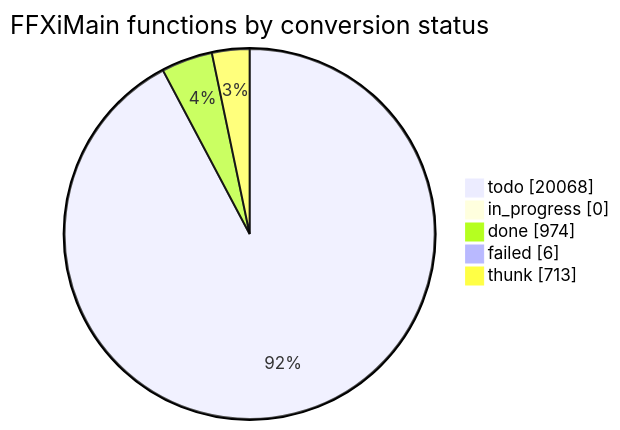
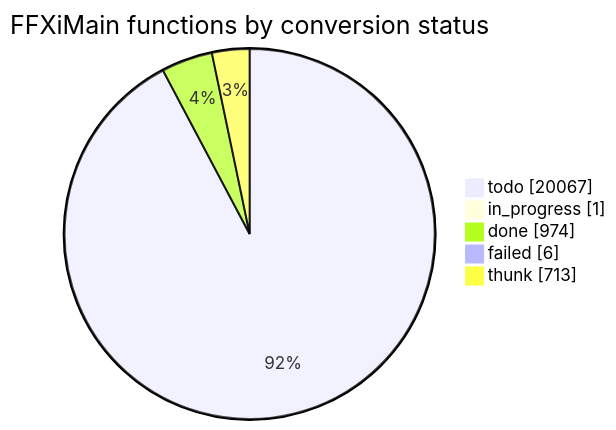
Before and after one commit to cowrevenge/cow_kuluu_xi_anything: the diagram in docs/cow/STATUS.md, drawn with Mermaid. The commit also changed other lines of this file and 5484 other files, not shown here.

````diff
--- a/docs/cow/STATUS.md
+++ b/docs/cow/STATUS.md
@@ -18,9 +18,9 @@
 ```mermaid
 pie showData
     title FFXiMain functions by conversion status
-    "todo" : 20068
-    "in_progress" : 0
+    "todo" : 20067
+    "in_progress" : 1
     "done" : 974
     "failed" : 6
     "thunk" : 713
 ```
````
